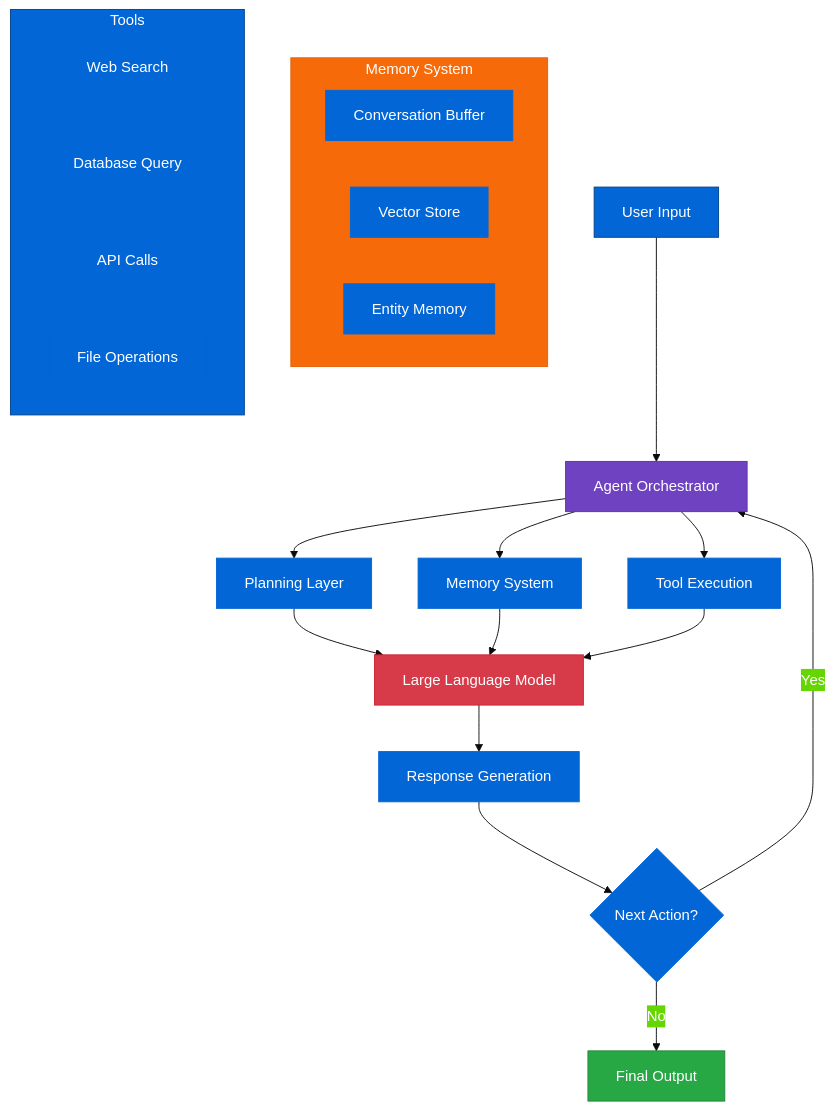
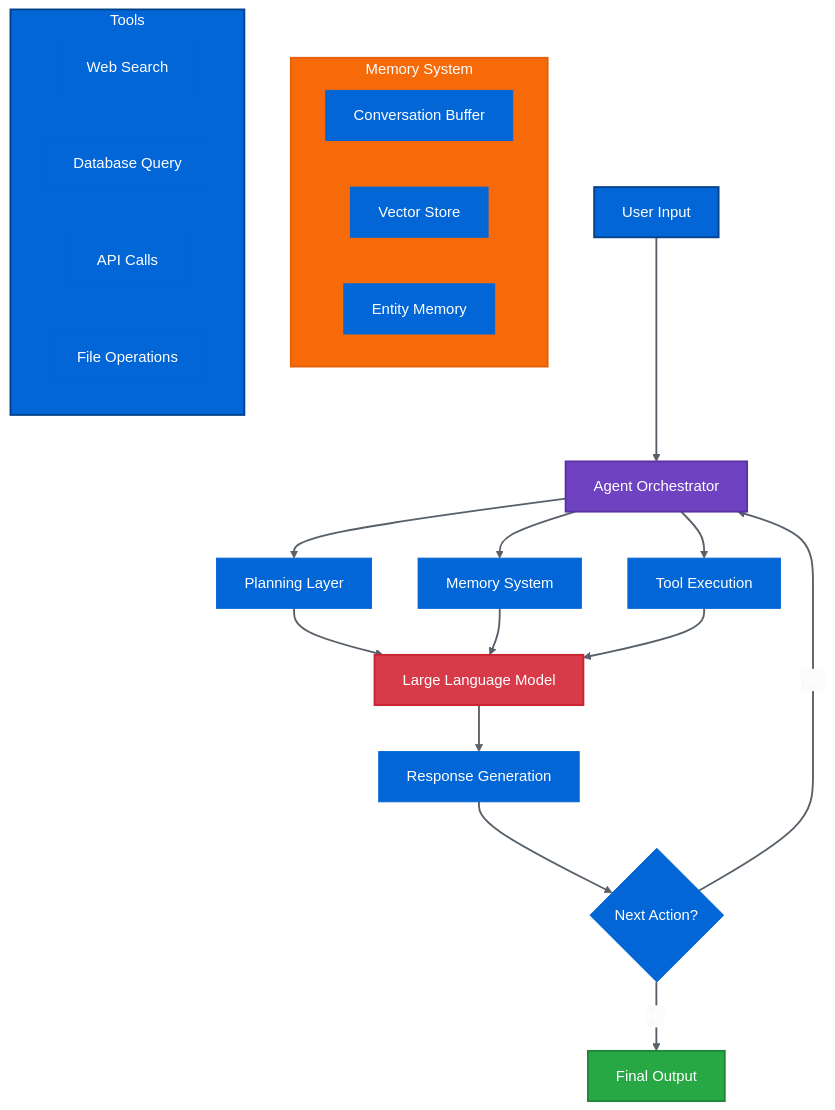
One commit to nexageapps/AI changed the seventh of 22 diagrams in README.md. Above: the diagram before and after it, drawn with Mermaid. The commit also changed other lines of this file and 1 other file, not shown here.

````diff
--- a/README.md
+++ b/README.md
@@ -247,39 +253,41 @@
 ```mermaid
-%%{init: {'theme':'base', 'themeVariables': {'primaryColor':'#0366d6','primaryTextColor':'#fff','primaryBorderColor':'#0366d6'}}}%%
+%%{init: {'theme':'base', 'themeVariables': {'primaryColor':'#0366d6','primaryTextColor':'#fff','primaryBorderColor':'#0366d6','lineColor':'#586069','defaultLinkColor':'#586069','edgeLabelBackground':'#fafbfc'}}}%%
 graph TB
     User[User Input] --> Agent[Agent Orchestrator]
     
     Agent --> Plan[Planning Layer]
     Agent --> Memory[Memory System]
     Agent --> Tools[Tool Execution]
     
     subgraph MemSys[Memory System]
         M1[Conversation Buffer]
         M2[Vector Store]
         M3[Entity Memory]
     end
     
     subgraph ToolSys[Tools]
         T1[Web Search]
         T2[Database Query]
         T3[API Calls]
         T4[File Operations]
     end
     
     Plan --> LLM[Large Language Model]
     Memory --> LLM
     Tools --> LLM
     
     LLM --> Response[Response Generation]
     Response --> Action{Next Action?}
     
     Action -->|Yes| Agent
     Action -->|No| Output[Final Output]
     
-    style User fill:#0366d6,stroke:#044289,color:#fff
-    style Agent fill:#6f42c1,stroke:#5a32a3,color:#fff
-    style LLM fill:#d73a49,stroke:#cb2431,color:#fff
-    style Output fill:#28a745,stroke:#22863a,color:#fff
-    style MemSys fill:#f66a0a,stroke:#e36209,color:#fff
-    style ToolSys fill:#0366d6,stroke:#044289,color:#fff
+    linkStyle default stroke:#586069,stroke-width:2px
+    
+    style User fill:#0366d6,stroke:#044289,stroke-width:2px,color:#fff
+    style Agent fill:#6f42c1,stroke:#5a32a3,stroke-width:2px,color:#fff
+    style LLM fill:#d73a49,stroke:#cb2431,stroke-width:2px,color:#fff
+    style Output fill:#28a745,stroke:#22863a,stroke-width:2px,color:#fff
+    style MemSys fill:#f66a0a,stroke:#e36209,stroke-width:2px,color:#fff
+    style ToolSys fill:#0366d6,stroke:#044289,stroke-width:2px,color:#fff
 ```
````
